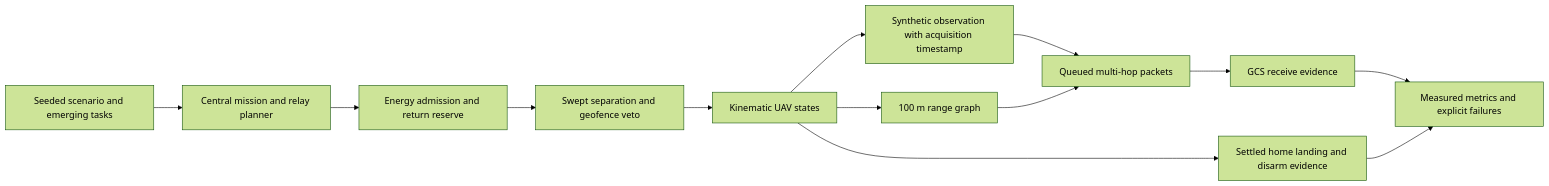
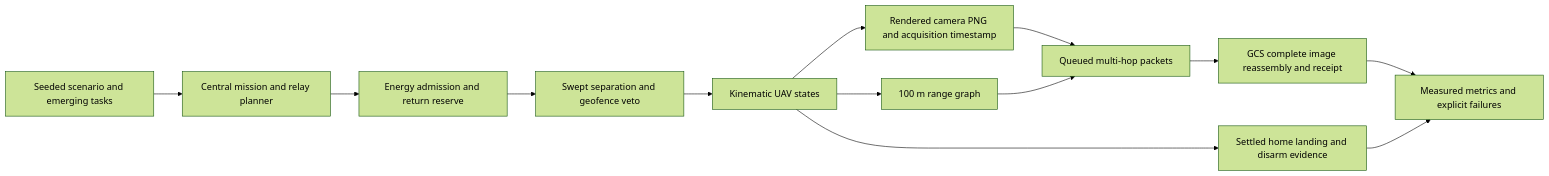
One commit to sameerreddy789/aeromesh-swarm-disaster-response changed the diagram in README.md. Above: the diagram before and after it, drawn with Mermaid (forest theme). The commit also changed other lines of this file and 33 other files, not shown here.

Commit message:
Implement UAV-X resilience, bounded radio and scene-camera evidence

````diff
--- a/README.md
+++ b/README.md
@@ -70,15 +86,15 @@
 ```mermaid
 flowchart LR
     A[Seeded scenario and emerging tasks] --> B[Central mission and relay planner]
     B --> C[Energy admission and return reserve]
     C --> D[Swept separation and geofence veto]
     D --> E[Kinematic UAV states]
-    E --> F[Synthetic observation with acquisition timestamp]
+    E --> F[Rendered camera PNG and acquisition timestamp]
     E --> G[100 m range graph]
     F --> H[Queued multi-hop packets]
     G --> H
-    H --> I[GCS receive evidence]
+    H --> I[GCS complete image reassembly and receipt]
     E --> J[Settled home landing and disarm evidence]
     I --> K[Measured metrics and explicit failures]
     J --> K
 ```
````
